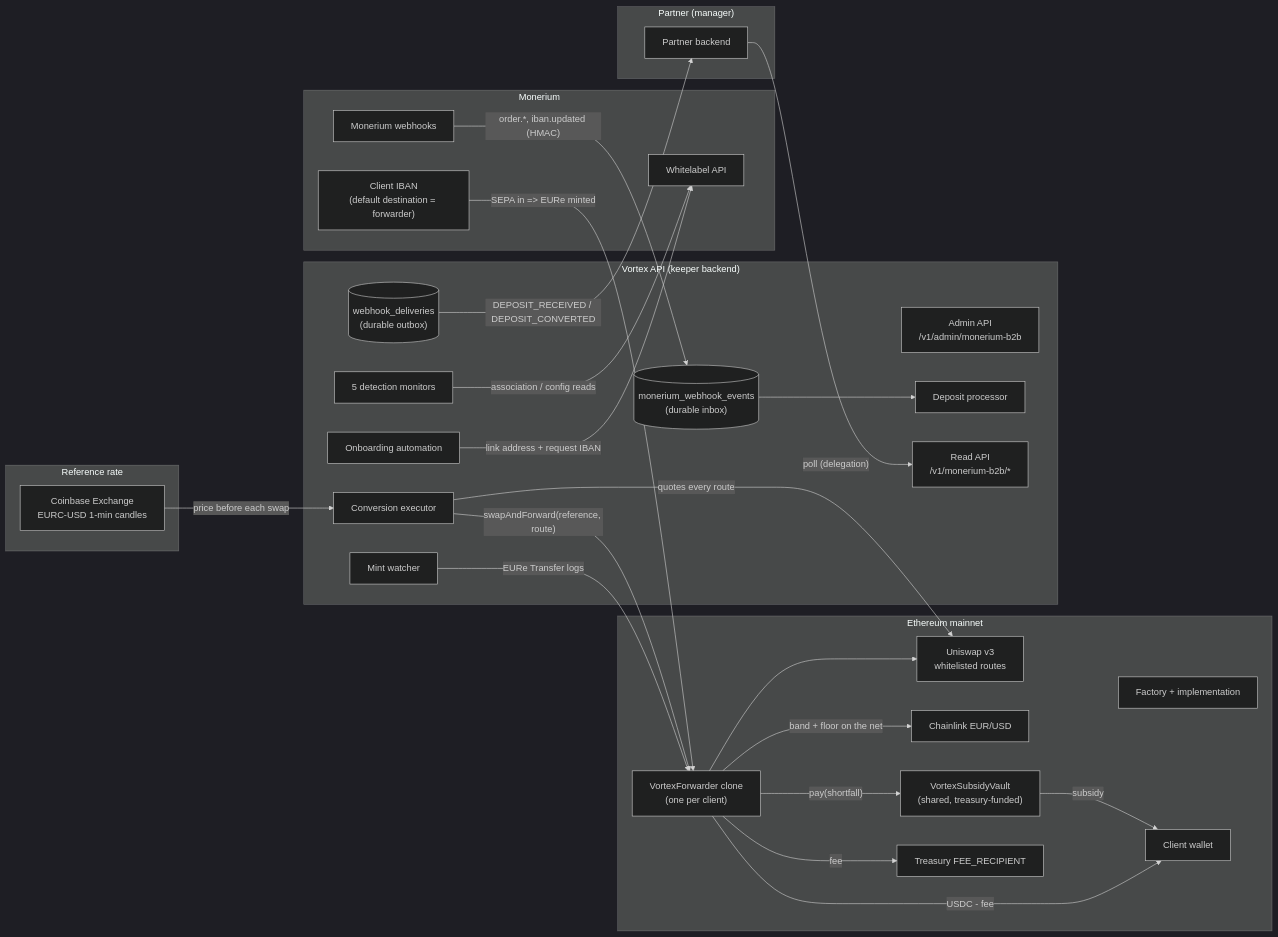
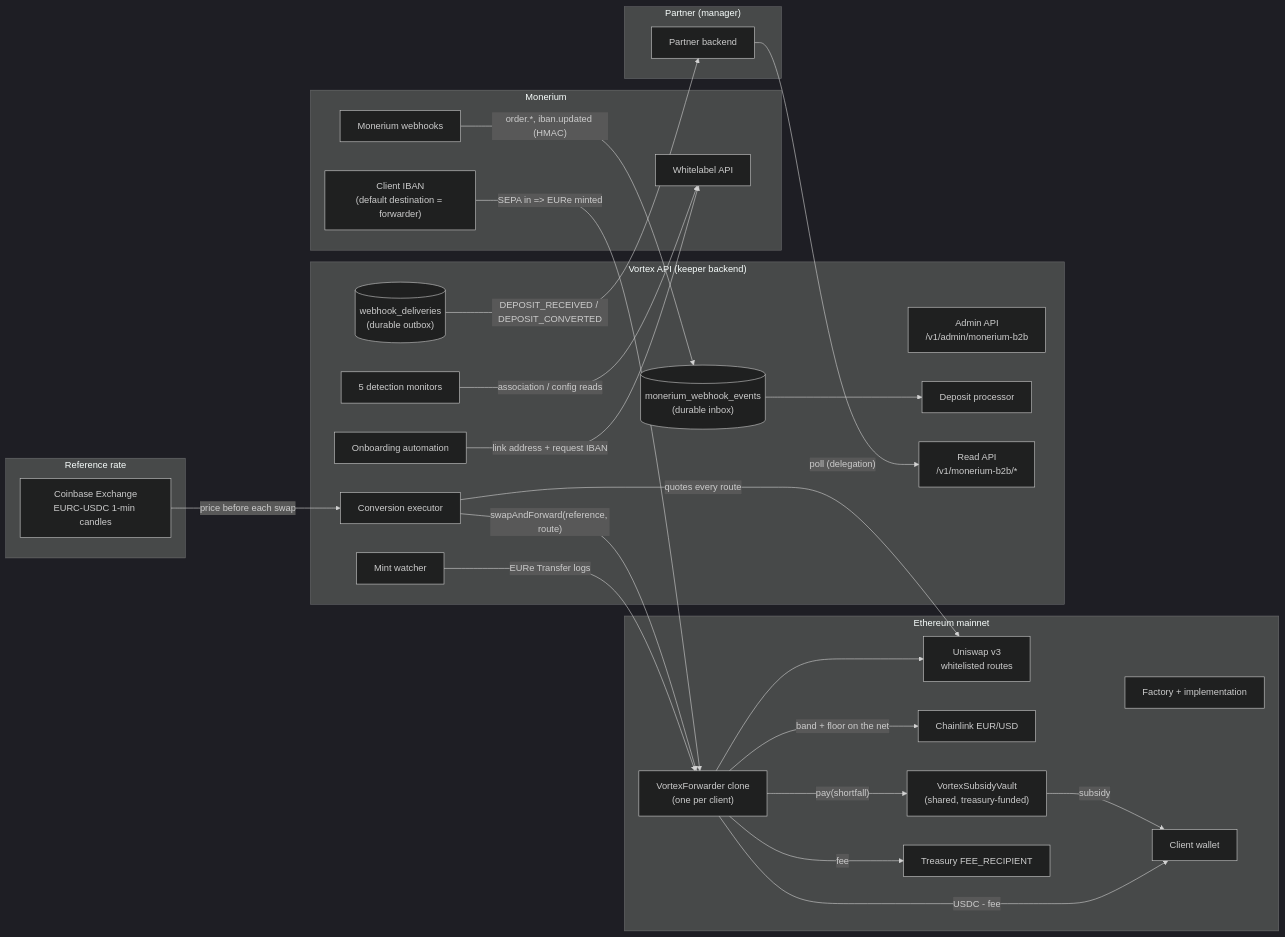
One commit to pendulum-chain/vortex changed the first of 8 diagrams in docs/architecture-monerium-b2b-onramp.md. Above: the diagram before and after it, drawn with Mermaid (dark theme). The commit also changed other lines of this file and 10 other files, not shown here.

First line of the commit message:
fix(api): read the reference from Coinbase EURC-USDC and monitor the venue

````diff
--- a/docs/architecture-monerium-b2b-onramp.md
+++ b/docs/architecture-monerium-b2b-onramp.md
@@ -37,56 +37,56 @@
 ```mermaid
 flowchart LR
     subgraph Partner["Partner (manager)"]
         PAPI[Partner backend]
     end
 
     subgraph Monerium
         IBAN["Client IBAN\n(default destination = forwarder)"]
         MAPI[Whitelabel API]
         MWH[Monerium webhooks]
     end
 
     subgraph Chain["Ethereum mainnet"]
         FWD["VortexForwarder clone\n(one per client)"]
         FACT[Factory + implementation]
         UNI[Uniswap v3\nwhitelisted routes]
         LINK[Chainlink EUR/USD]
         VAULT["VortexSubsidyVault\n(shared, treasury-funded)"]
         DEST[Client wallet]
         TREAS[Treasury FEE_RECIPIENT]
     end
 
     subgraph Reference["Reference rate"]
-        CB[Coinbase Exchange\nEURC-USD 1-min candles]
+        CB[Coinbase Exchange\nEURC-USDC 1-min candles]
     end
 
     subgraph Vortex["Vortex API (keeper backend)"]
         ADM["Admin API\n/v1/admin/monerium-b2b"]
         INBOX[("monerium_webhook_events\n(durable inbox)")]
         DP[Deposit processor]
         MW[Mint watcher]
         CE[Conversion executor]
         ONB[Onboarding automation]
         MONI[5 detection monitors]
         OUTBOX[("webhook_deliveries\n(durable outbox)")]
         READ["Read API\n/v1/monerium-b2b/*"]
     end
 
     IBAN -- "SEPA in => EURe minted" --> FWD
     MWH -- "order.*, iban.updated (HMAC)" --> INBOX
     INBOX --> DP
     MW -- "EURe Transfer logs" --> FWD
     CB -- "price before each swap" --> CE
     CE -- "quotes every route" --> UNI
     CE -- "swapAndForward(reference, route)" --> FWD
     FWD --> UNI
     FWD -- "band + floor on the net" --> LINK
     FWD -- "USDC - fee" --> DEST
     FWD -- fee --> TREAS
     FWD -- "pay(shortfall)" --> VAULT
     VAULT -- subsidy --> DEST
     ONB -- "link address + request IBAN" --> MAPI
     MONI -- "association / config reads" --> MAPI
     OUTBOX -- "DEPOSIT_RECEIVED / DEPOSIT_CONVERTED" --> PAPI
     PAPI -- "poll (delegation)" --> READ
 ```
````
